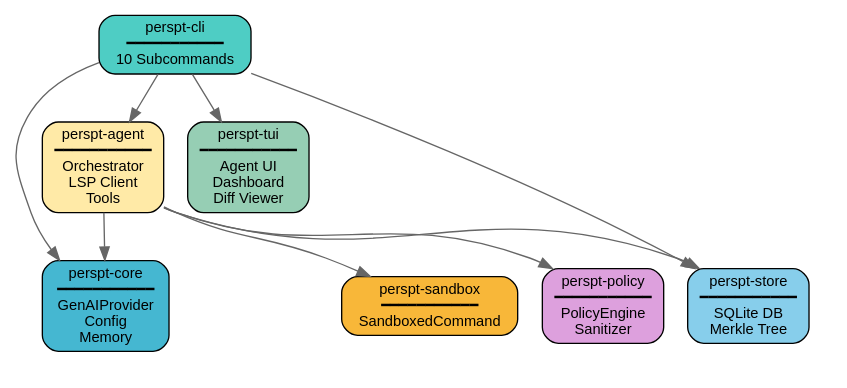
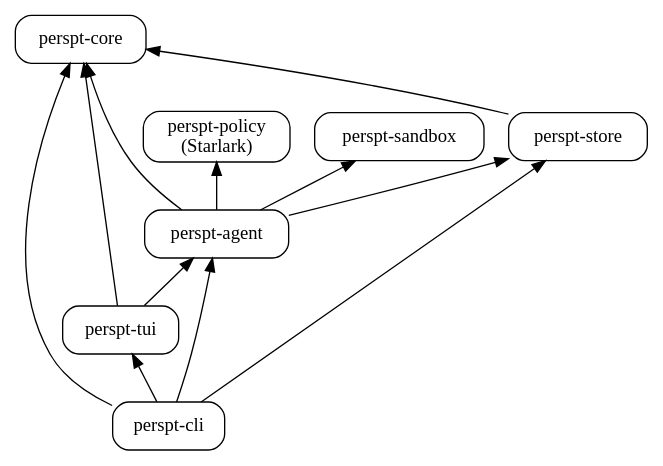
Before and after one commit to eonseed/perspt: the diagram in docs/perspt_book/source/developer-guide/architecture.rst, drawn with Graphviz. The commit also changed other lines of this file and 50 other files, not shown here.

```diff
--- a/docs/perspt_book/source/developer-guide/architecture.rst
+++ b/docs/perspt_book/source/developer-guide/architecture.rst
@@ -36,36 +30,20 @@
 .. graphviz::
    :align: center
-   :caption: Crate Dependencies
 
-   digraph dependencies {
-       rankdir=TB;
-       node [shape=box, style="rounded,filled", fontname="Helvetica", fontsize=11];
-       edge [color="#666666"];
-       
-       cli [label="perspt-cli\n━━━━━━━━━━━\n10 Subcommands", fillcolor="#4ECDC4"];
-       
-       subgraph cluster_middle {
-           rank=same;
-           style=invis;
-           tui [label="perspt-tui\n━━━━━━━━━━━\nAgent UI\nDashboard\nDiff Viewer", fillcolor="#96CEB4"];
-           agent [label="perspt-agent\n━━━━━━━━━━━\nOrchestrator\nLSP Client\nTools", fillcolor="#FFEAA7"];
-           core [label="perspt-core\n━━━━━━━━━━━\nGenAIProvider\nConfig\nMemory", fillcolor="#45B7D1"];
-       }
-       
-       subgraph cluster_bottom {
-           rank=same;
-           style=invis;
-           policy [label="perspt-policy\n━━━━━━━━━━━\nPolicyEngine\nSanitizer", fillcolor="#DDA0DD"];
-           sandbox [label="perspt-sandbox\n━━━━━━━━━━━\nSandboxedCommand", fillcolor="#F8B739"];
-           store [label="perspt-store\n━━━━━━━━━━━\nSQLite DB\nMerkle Tree", fillcolor="#87CEEB"];
-       }
-       
-       cli -> tui;
-       cli -> agent;
-       cli -> core;
-       cli -> store;
-       agent -> policy;
-       agent -> sandbox;
-       agent -> core;
-       agent -> store;
+   digraph crates {
+       rankdir=BT;
+       node [shape=box, style=rounded];
+       "perspt-cli" -> "perspt-core";
+       "perspt-cli" -> "perspt-agent";
+       "perspt-cli" -> "perspt-tui";
+       "perspt-cli" -> "perspt-store";
+       "perspt-agent" -> "perspt-core";
+       "perspt-agent" -> "perspt-store";
+       "perspt-agent" -> "perspt-policy";
+       "perspt-agent" -> "perspt-sandbox";
+       "perspt-tui" -> "perspt-core";
+       "perspt-tui" -> "perspt-agent";
+       "perspt-store" -> "perspt-core";
+       "perspt-policy" [label="perspt-policy\n(Starlark)"];
+       "perspt-sandbox" [label="perspt-sandbox"];
    }
```
